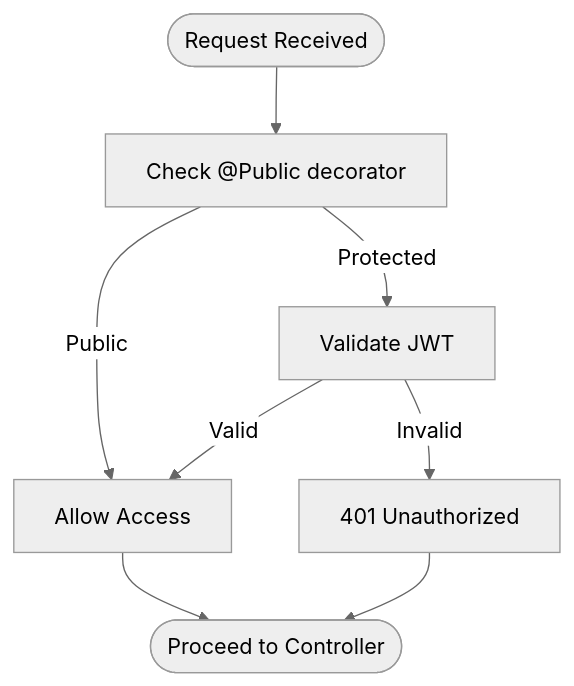
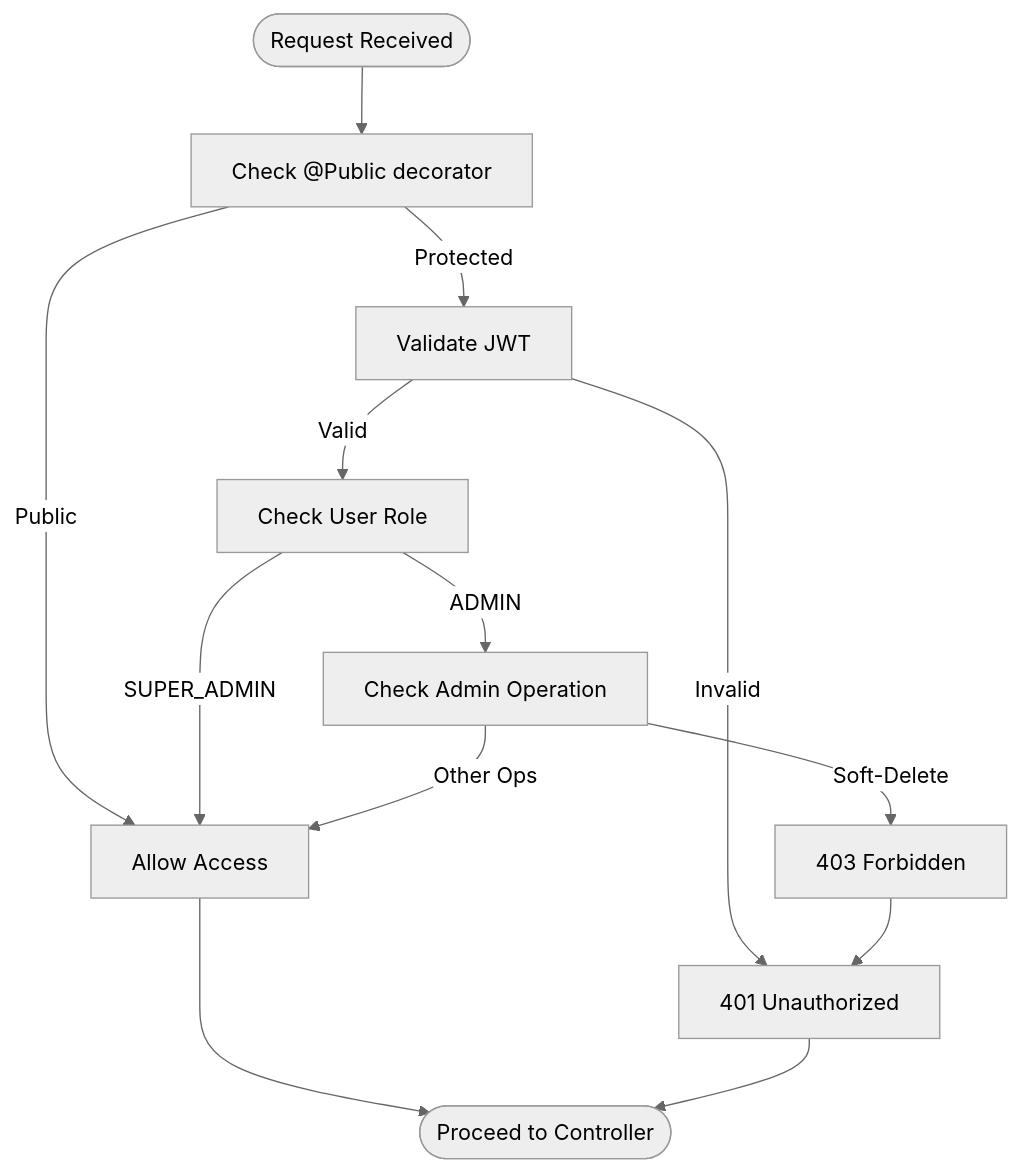
One commit to Avi-Bendetsky/Quiz-to-build changed the third of 4 diagrams in .qoder/repowiki/en/content/API Reference/Questionnaire Endpoints.md. Above: the diagram before and after it, drawn with Mermaid (neutral theme). The commit also changed other lines of this file and 41 other files, not shown here.

````diff
--- a/.qoder/repowiki/en/content/API Reference/Questionnaire Endpoints.md
+++ b/.qoder/repowiki/en/content/API Reference/Questionnaire Endpoints.md
@@ -232,10 +412,15 @@
 ```mermaid
 flowchart TD
 Start(["Request Received"]) --> CheckPublic["Check @Public decorator"]
 CheckPublic --> |Public| Allow["Allow Access"]
 CheckPublic --> |Protected| ValidateJWT["Validate JWT"]
-ValidateJWT --> |Valid| Allow
+ValidateJWT --> |Valid| CheckRole["Check User Role"]
+CheckRole --> |ADMIN| CheckAdminOps["Check Admin Operation"]
+CheckRole --> |SUPER_ADMIN| Allow
+CheckAdminOps --> |Soft-Delete| SuperAdminOnly["403 Forbidden"]
+CheckAdminOps --> |Other Ops| Allow
 ValidateJWT --> |Invalid| Reject["401 Unauthorized"]
+SuperAdminOnly --> Reject
 Allow --> End(["Proceed to Controller"])
 Reject --> End
 ```
````
